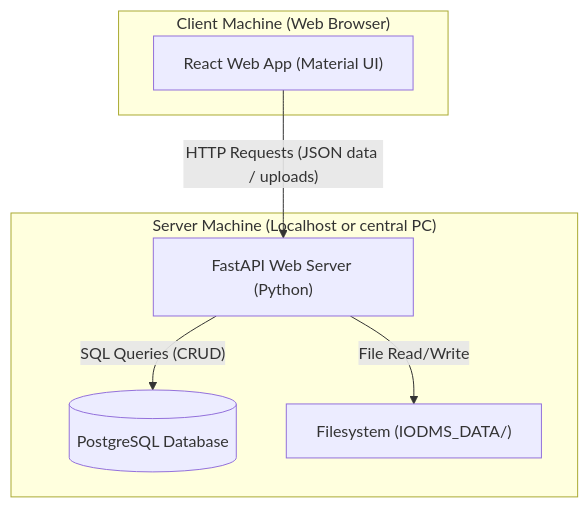
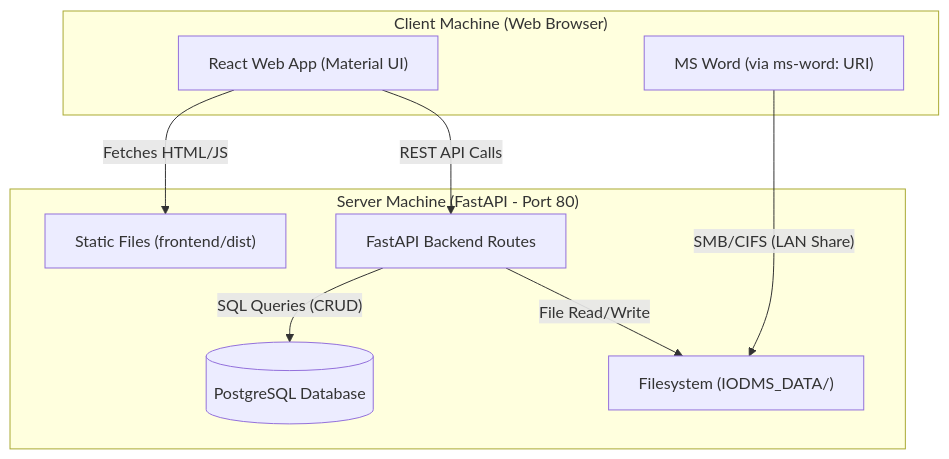
The first of 4 diagrams in docs/hld.md (palashkharate/inward-outward-document-management-system-_iodms), drawn with Mermaid before and after one commit. The commit also changed other lines of this file and 3 other files, not shown here.

````diff
--- a/docs/hld.md
+++ b/docs/hld.md
@@ -11,19 +11,23 @@
 ```mermaid
 graph TD
     %% Frontend (Browser)
     subgraph Client ["Client Machine (Web Browser)"]
         UI["React Web App (Material UI)"]
+        Word["MS Word (via ms-word: URI)"]
     end
 
     %% Backend (Server)
-    subgraph Server ["Server Machine (Localhost or central PC)"]
-        API["FastAPI Web Server (Python)"]
+    subgraph Server ["Server Machine (FastAPI - Port 80)"]
+        Static["Static Files (frontend/dist)"]
+        API["FastAPI Backend Routes"]
         DB[(PostgreSQL Database)]
         FS["Filesystem (IODMS_DATA/)"]
     end
 
     %% Connections
-    UI -- "HTTP Requests (JSON data / uploads)" --> API
+    UI -- "Fetches HTML/JS" --> Static
+    UI -- "REST API Calls" --> API
+    Word -- "SMB/CIFS (LAN Share)" --> FS
     API -- "SQL Queries (CRUD)" --> DB
     API -- "File Read/Write" --> FS
 ```
````
